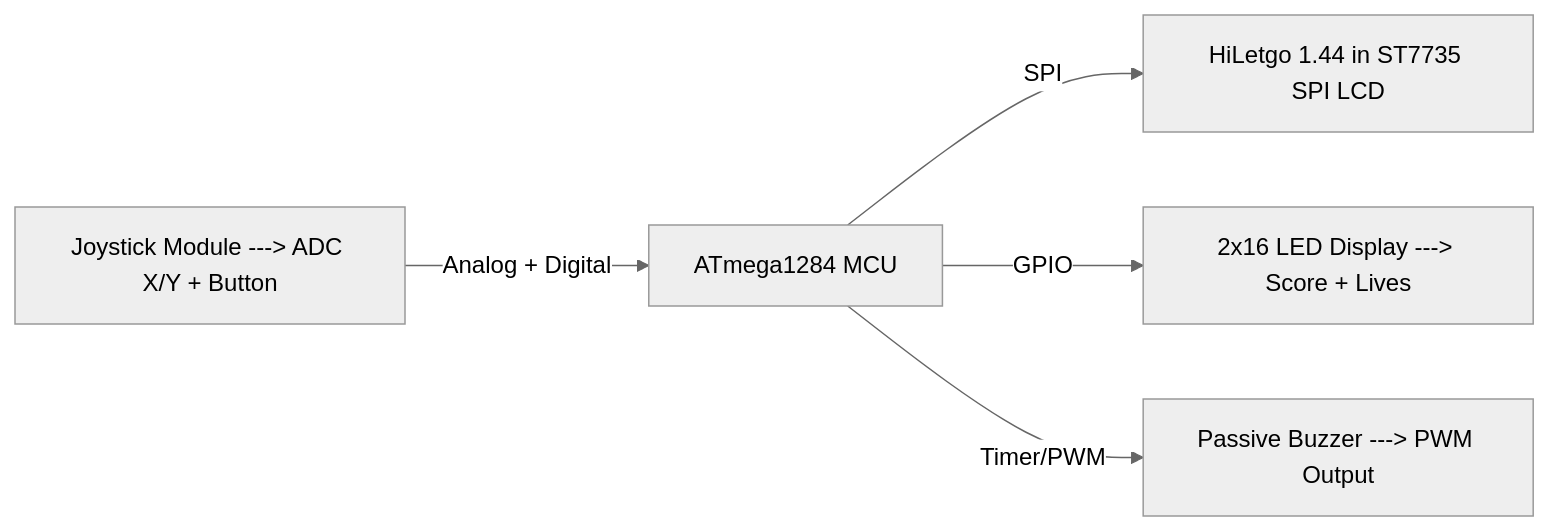
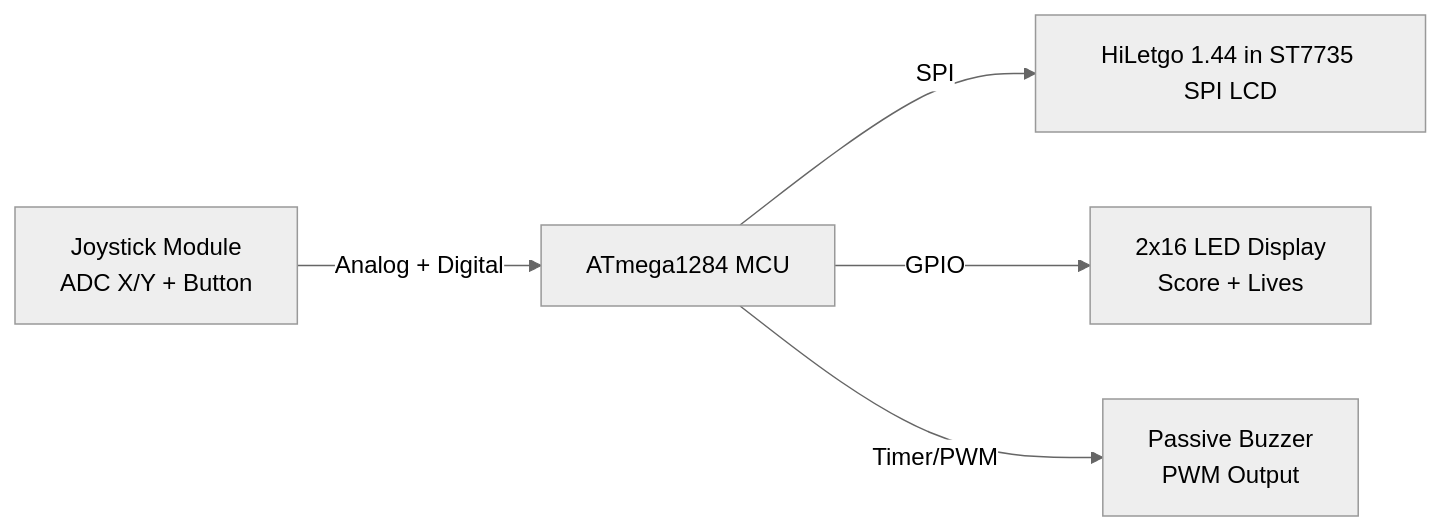
The first of 3 diagrams in README.md (audy910/Space-Invaders-AVR-), drawn with Mermaid (neutral theme) before and after one commit.

Commit message:
Update README.md for improved flowchart formatting

````diff
--- a/README.md
+++ b/README.md
@@ -19,13 +19,13 @@
 ```mermaid
 flowchart LR
     MCU[ATmega1284 MCU]
     LCD[HiLetgo 1.44 in ST7735 SPI LCD]
-    JOY[Joystick Module ---> ADC X/Y + Button]
-    LED[2x16 LED Display ---> Score + Lives]
-    BUZ[Passive Buzzer ---> PWM Output]
+    JOY[Joystick Module <br> ADC X/Y + Button]
+    LED[2x16 LED Display <br> Score + Lives]
+    BUZ[Passive Buzzer <br> PWM Output]
 
     MCU -- SPI --> LCD
     JOY -- Analog + Digital --> MCU
     MCU -- GPIO --> LED
     MCU -- Timer/PWM --> BUZ
 ```
````
